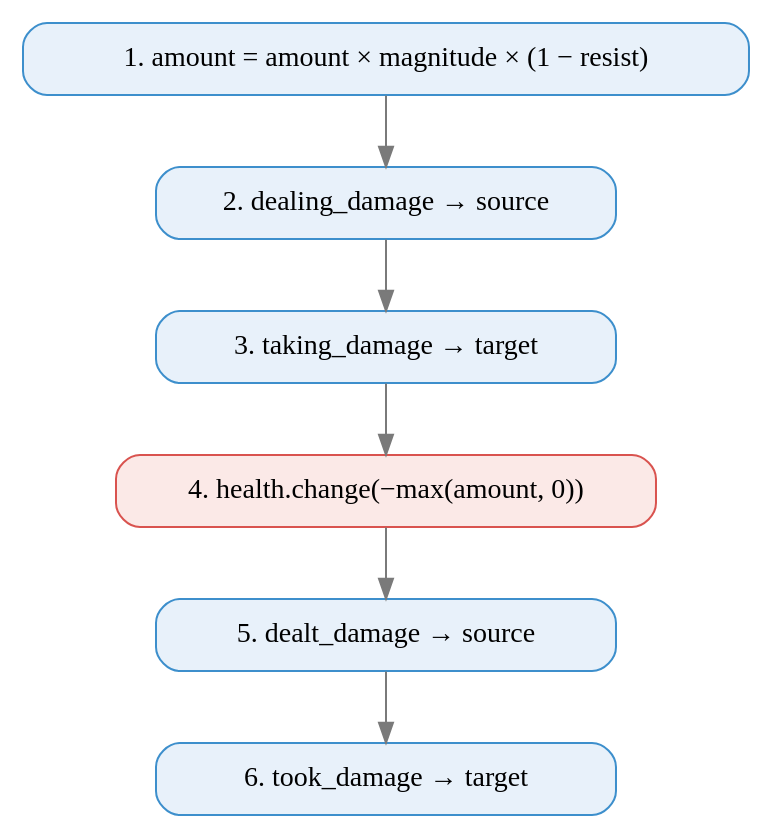
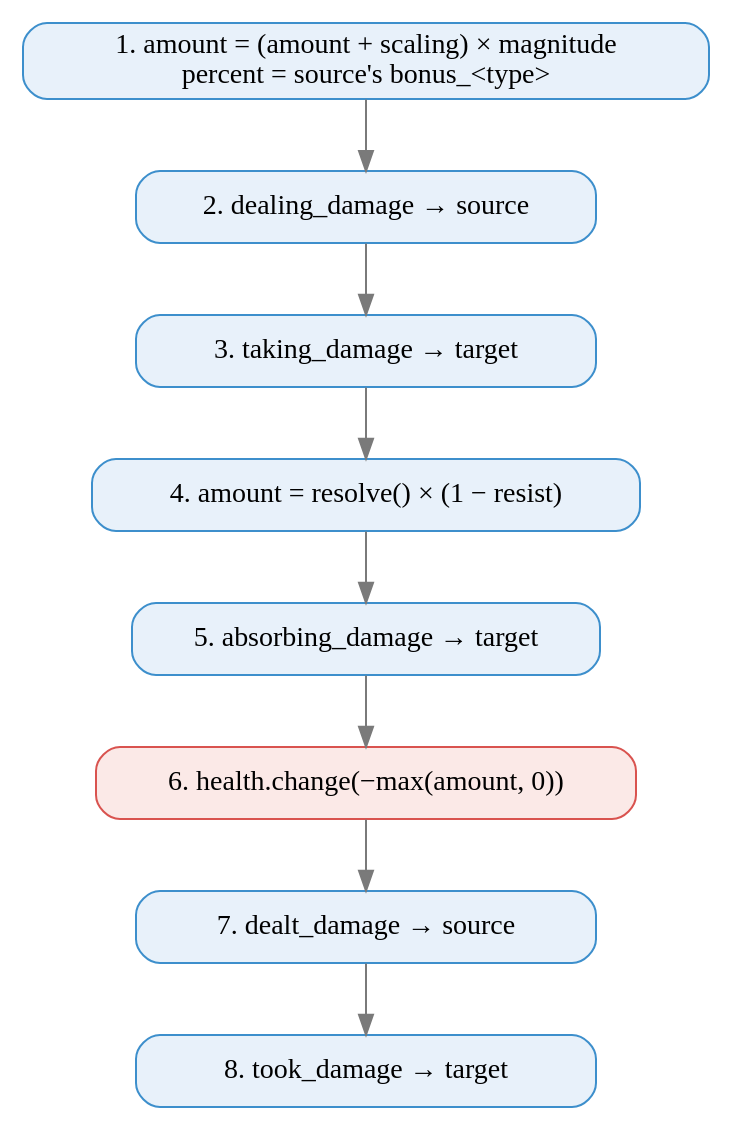
Before and after one commit to gamefb/test-character-system: the third of 4 diagrams in docs/getting_started/build_from_scratch.rst, drawn with Graphviz. The commit also changed other lines of this file and 61 other files, not shown here.

```diff
--- a/docs/getting_started/build_from_scratch.rst
+++ b/docs/getting_started/build_from_scratch.rst
@@ -499,15 +639,17 @@
 .. graphviz::
    :caption: The DamageEffect pipeline, and who hears each event.
 
    digraph damage {
        rankdir=TB;
        node [shape=box, style="rounded,filled", fillcolor="#e8f1fa", color="#3d8fcc", width=3.2];
        edge [color="#7a7a7a"];
-       s1 [label="1. amount = amount × magnitude × (1 − resist)"];
+       s1 [label="1. amount = (amount + scaling) × magnitude\npercent = source's bonus_<type>"];
        s2 [label="2. dealing_damage → source"];
        s3 [label="3. taking_damage → target"];
-       s4 [label="4. health.change(−max(amount, 0))", fillcolor="#fbe9e7", color="#d9534f"];
-       s5 [label="5. dealt_damage → source"];
-       s6 [label="6. took_damage → target"];
-       s1 -> s2 -> s3 -> s4 -> s5 -> s6;
+       s4 [label="4. amount = resolve() × (1 − resist)"];
+       s5 [label="5. absorbing_damage → target"];
+       s6 [label="6. health.change(−max(amount, 0))", fillcolor="#fbe9e7", color="#d9534f"];
+       s7 [label="7. dealt_damage → source"];
+       s8 [label="8. took_damage → target"];
+       s1 -> s2 -> s3 -> s4 -> s5 -> s6 -> s7 -> s8;
    }
```
